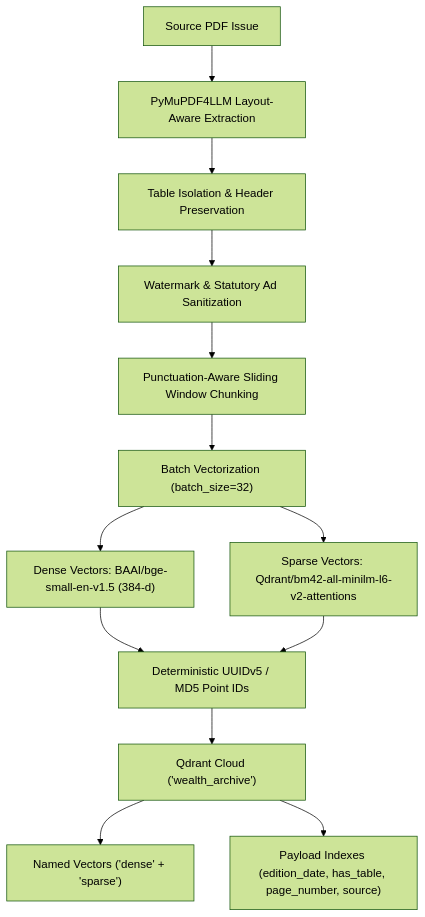
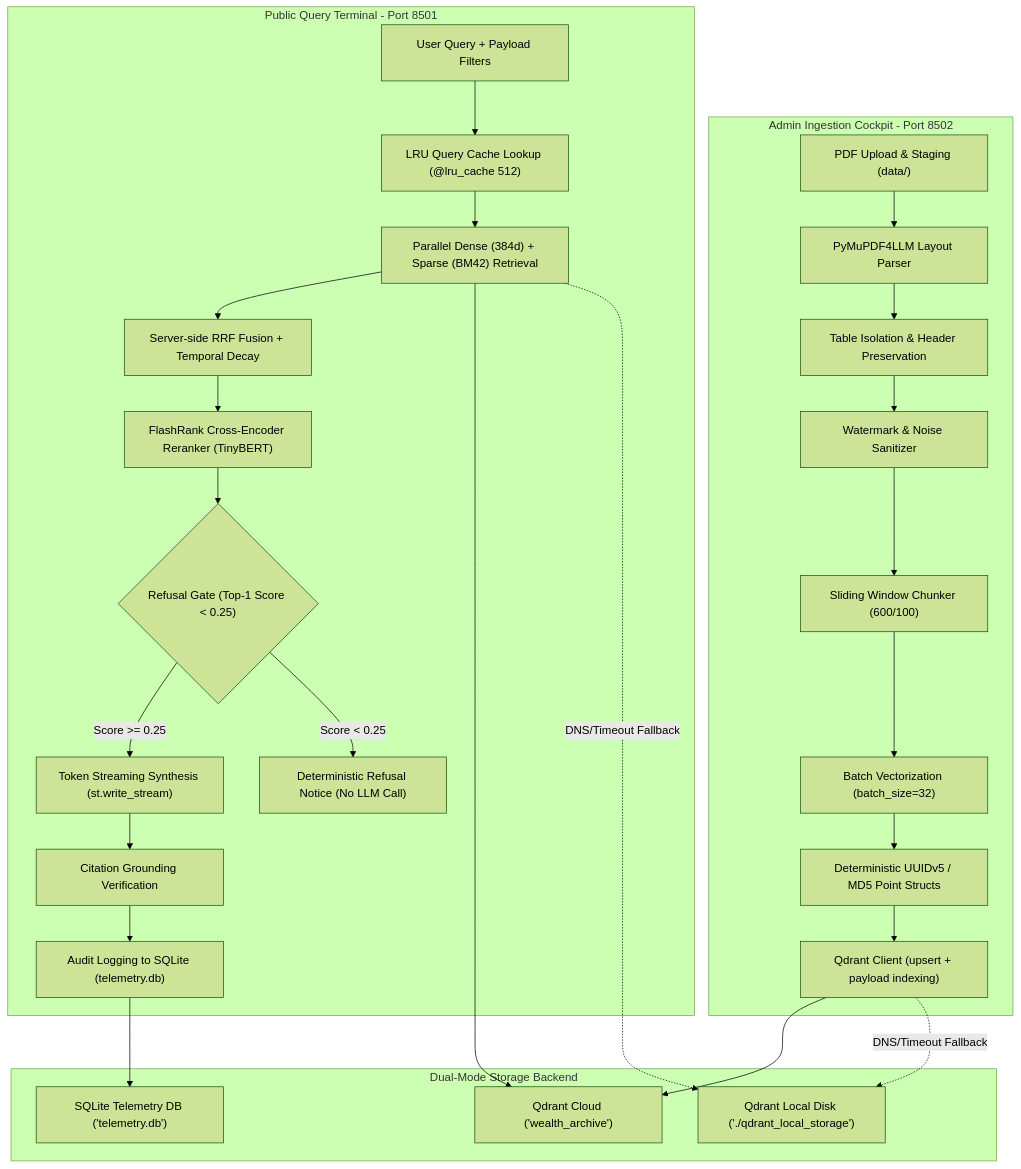
The first of 3 diagrams in mdfiles/TECH_SPEC.md (swaritbkp/wealth-chronicle-rag), drawn with Mermaid (forest theme) before and after one commit. The commit also changed other lines of this file and 3 other files, not shown here.

Commit message:
docs: synchronize tech specs, README, and plan to reflect dual-plane architecture and telemetry

````diff
--- a/mdfiles/TECH_SPEC.md
+++ b/mdfiles/TECH_SPEC.md
@@ -37,15 +44,36 @@
 ```mermaid
 graph TD
-    A["Source PDF Issue"] --> B["PyMuPDF4LLM Layout-Aware Extraction"]
-    B --> C["Table Isolation & Header Preservation"]
-    C --> D["Watermark & Statutory Ad Sanitization"]
-    D --> E["Punctuation-Aware Sliding Window Chunking"]
-    E --> F["Batch Vectorization (batch_size=32)"]
-    F --> G1["Dense Vectors: BAAI/bge-small-en-v1.5 (384-d)"]
-    F --> G2["Sparse Vectors: Qdrant/bm42-all-minilm-l6-v2-attentions"]
-    G1 --> H["Deterministic UUIDv5 / MD5 Point IDs"]
-    G2 --> H
-    H --> I["Qdrant Cloud ('wealth_archive')"]
-    I --> J1["Named Vectors ('dense' + 'sparse')"]
-    I --> J2["Payload Indexes (edition_date, has_table, page_number, source)"]
+    subgraph Admin Cockpit [Admin Ingestion Cockpit - Port 8502]
+        A1["PDF Upload & Staging (data/)"] --> A2["PyMuPDF4LLM Layout Parser"]
+        A2 --> A3["Table Isolation & Header Preservation"]
+        A3 --> A4["Watermark & Noise Sanitizer"]
+        A4 --> A5["Sliding Window Chunker (600/100)"]
+        A5 --> A6["Batch Vectorization (batch_size=32)"]
+        A6 --> A7["Deterministic UUIDv5 / MD5 Point Structs"]
+        A7 --> A8["Qdrant Client (upsert + payload indexing)"]
+    end
+
+    subgraph Storage Backends [Dual-Mode Storage Backend]
+        S1["Qdrant Cloud ('wealth_archive')"]
+        S2["Qdrant Local Disk ('./qdrant_local_storage')"]
+        S3["SQLite Telemetry DB ('telemetry.db')"]
+    end
+
+    subgraph Public Terminal [Public Query Terminal - Port 8501]
+        Q1["User Query + Payload Filters"] --> Q2["LRU Query Cache Lookup (@lru_cache 512)"]
+        Q2 --> Q3["Parallel Dense (384d) + Sparse (BM42) Retrieval"]
+        Q3 --> Q4["Server-side RRF Fusion + Temporal Decay"]
+        Q4 --> Q5["FlashRank Cross-Encoder Reranker (TinyBERT)"]
+        Q5 --> Q6{"Refusal Gate (Top-1 Score < 0.25)"}
+        Q6 -->|Score >= 0.25| Q7["Token Streaming Synthesis (st.write_stream)"]
+        Q6 -->|Score < 0.25| Q8["Deterministic Refusal Notice (No LLM Call)"]
+        Q7 --> Q9["Citation Grounding Verification"]
+        Q9 --> Q10["Audit Logging to SQLite (telemetry.db)"]
+    end
+
+    A8 --> S1
+    A8 -.->|DNS/Timeout Fallback| S2
+    Q3 --> S1
+    Q3 -.->|DNS/Timeout Fallback| S2
+    Q10 --> S3
 ```
````
